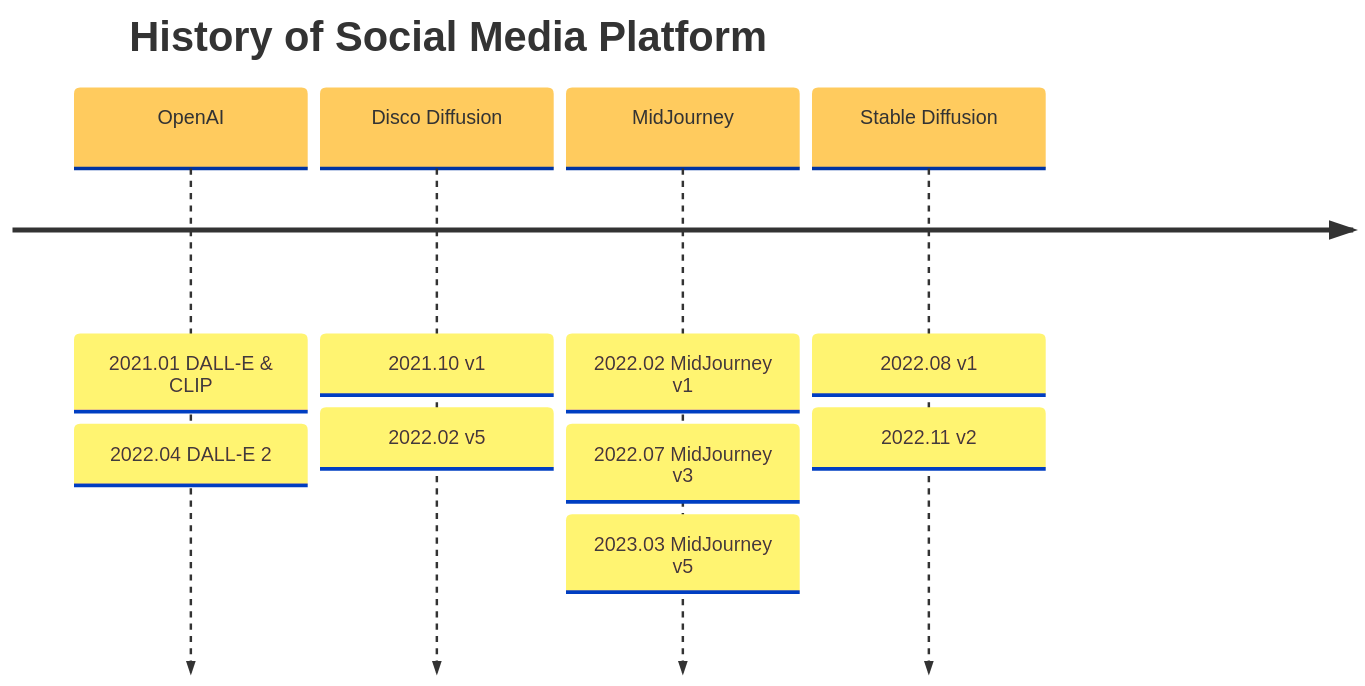
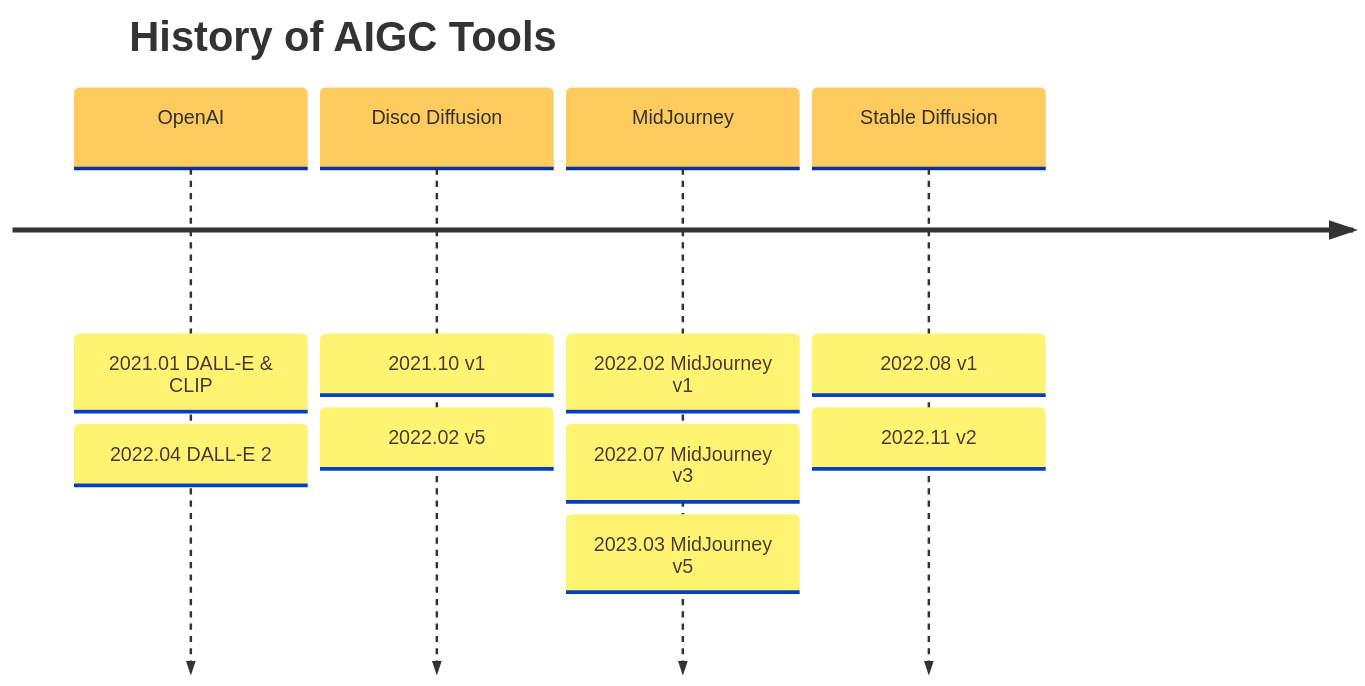
The second of 2 diagrams in docs/0374_Hot_AIGC.md (junxnone/aiwiki), drawn with Mermaid before and after one commit. The commit also changed other lines of this file, not shown here.

Commit message:
Add new comment

````diff
--- a/docs/0374_Hot_AIGC.md
+++ b/docs/0374_Hot_AIGC.md
@@ -43,15 +43,15 @@
 ```mermaid
    %%{init: { 'logLevel': 'debug', 'theme': 'base', 'timeline': {'disableMulticolor': true}}}%%
     timeline
-        title History of Social Media Platform
+        title History of AIGC Tools
             OpenAI  :  2021.01 DALL-E & CLIP 
                     : 2022.04 DALL-E 2
             Disco Diffusion : 2021.10 v1 
                             : 2022.02 v5
             MidJourney  : 2022.02 MidJourney v1 
                         : 2022.07 MidJourney v3
                         : 2023.03  MidJourney v5
             Stable Diffusion    : 2022.08 v1 
                                 : 2022.11 v2      
         
 ```
````
